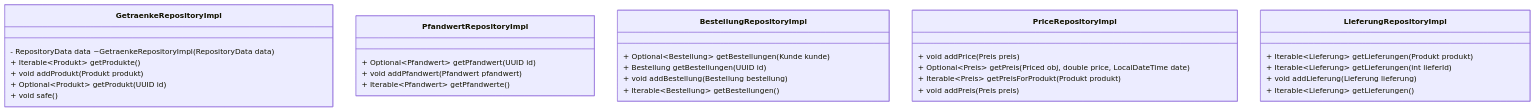
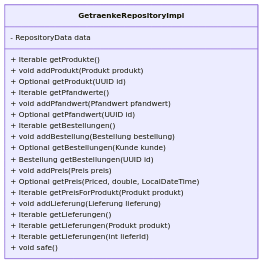
One commit to Gamagu/ase_getraenke changed diagram 17 of 17 in README.md. Above: the diagram before and after it, drawn with Mermaid. The commit also changed other lines of this file, not shown here.

````diff
--- a/README.md
+++ b/README.md
@@ -355,39 +595,31 @@
-```mermaid 
-	classDiagram 
-		class GetraenkeRepositoryImpl { 
-			- RepositoryData data ~GetraenkeRepositoryImpl(RepositoryData data) 
-			+ Iterable~Produkt~ getProdukte() 
-			+ void addProdukt(Produkt produkt) 
-			+ Optional~Produkt~ getProdukt(UUID id) 
-			+ void safe() 
-		}
-		
-		class PfandwertRepositoryImpl {
-			+ Optional~Pfandwert~ getPfandwert(UUID id) 
-			+ void addPfandwert(Pfandwert pfandwert) 
-			+ Iterable~Pfandwert~ getPfandwerte() 
-		}
+```mermaid
+classDiagram
+	class GetraenkeRepositoryImpl {
+		- RepositoryData data
 
-		class BestellungRepositoryImpl {
-			+ Optional~Bestellung~ getBestellungen(Kunde kunde) 
-			+ Bestellung getBestellungen(UUID id) 
-			+ void addBestellung(Bestellung bestellung) 
-			+ Iterable~Bestellung~ getBestellungen() 
-		}
+		+ Iterable<Produkt> getProdukte()
+		+ void addProdukt(Produkt produkt)
+		+ Optional<Produkt> getProdukt(UUID id)
 
-		class PriceRepositoryImpl {
-			+ void addPrice(Preis preis) 
-			+ Optional~Preis~ getPreis(Priced obj, double price, LocalDateTime date) 
-			+ Iterable~Preis~ getPreisForProdukt(Produkt produkt)
-			+ void addPreis(Preis preis) 
-		}
+		+ Iterable<Pfandwert> getPfandwerte()
+		+ void addPfandwert(Pfandwert pfandwert)
+		+ Optional<Pfandwert> getPfandwert(UUID id)
 
-		class LieferungRepositoryImpl {
-			+ Iterable~Lieferung~ getLieferungen(Produkt produkt) 
-			+ Iterable~Lieferung~ getLieferungen(int lieferId) 
-			+ void addLieferung(Lieferung lieferung) 
-			+ Iterable~Lieferung~ getLieferungen() 
-		}
-	
+		+ Iterable<Bestellung> getBestellungen()
+		+ void addBestellung(Bestellung bestellung)
+		+ Optional<Bestellung> getBestellungen(Kunde kunde)
+		+ Bestellung getBestellungen(UUID id)
+
+		+ void addPreis(Preis preis)
+		+ Optional<Preis> getPreis(Priced, double, LocalDateTime)
+		+ Iterable<Preis> getPreisForProdukt(Produkt produkt)
+
+		+ void addLieferung(Lieferung lieferung)
+		+ Iterable<Lieferung> getLieferungen()
+		+ Iterable<Lieferung> getLieferungen(Produkt produkt)
+		+ Iterable<Lieferung> getLieferungen(int lieferId)
+
+		+ void safe()
+	}
 
 ```
````
